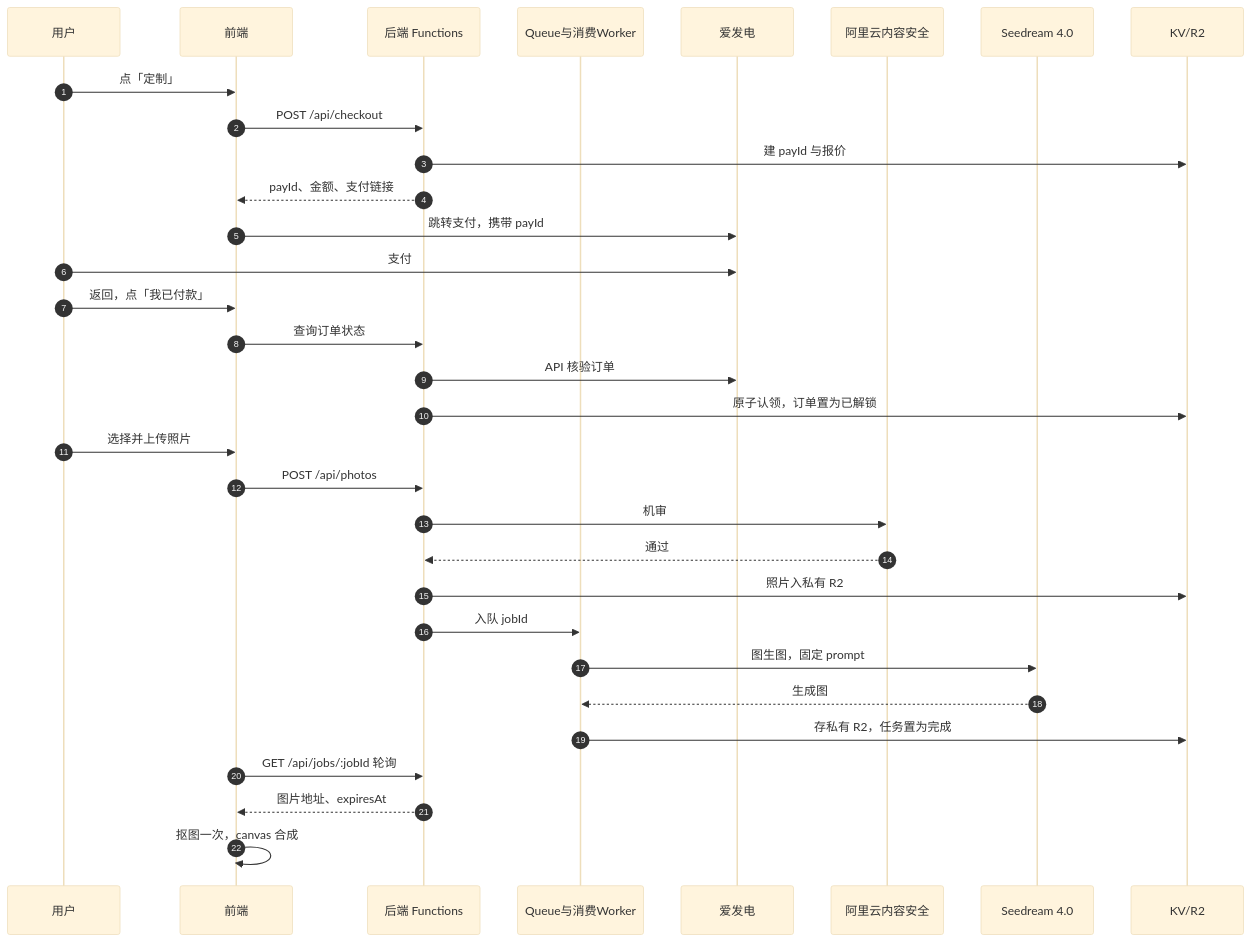
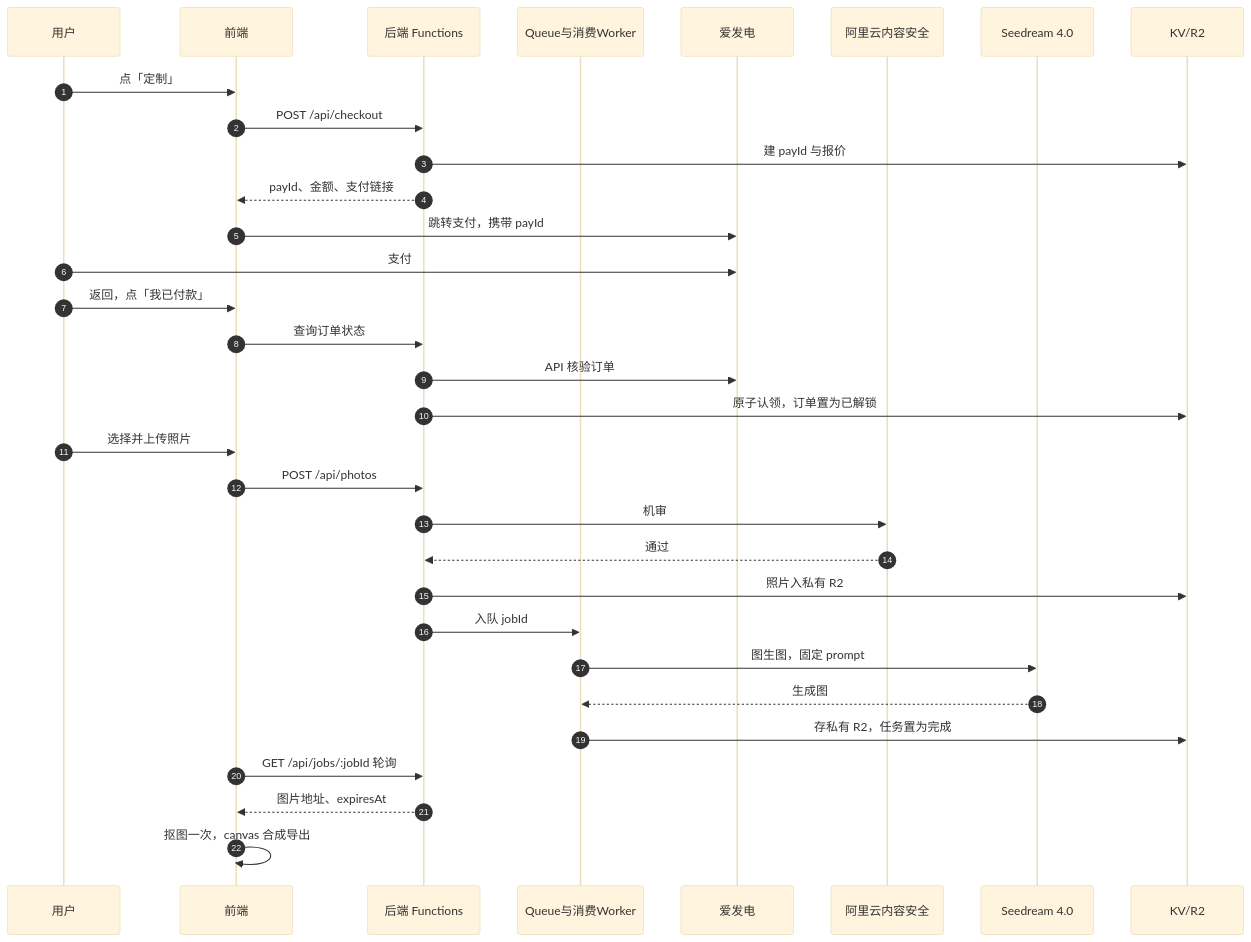
Before and after one commit to YileLiu-junior/cati-Halloween: the second of 3 diagrams in doc/PRD-payment-generation.md, drawn with Mermaid (base theme). The commit also changed other lines of this file and 30 other files, not shown here.

````diff
--- a/doc/PRD-payment-generation.md
+++ b/doc/PRD-payment-generation.md
@@ -123,35 +141,35 @@
 ```mermaid
 sequenceDiagram
     autonumber
     participant U as 用户
     participant W as 前端
     participant B as 后端 Functions
     participant Q as Queue与消费Worker
     participant P as 爱发电
     participant V as 阿里云内容安全
     participant G as Seedream 4.0
     participant S as KV/R2
 
     U->>W: 点「定制」
     W->>B: POST /api/checkout
     B->>S: 建 payId 与报价
     B-->>W: payId、金额、支付链接
     W->>P: 跳转支付，携带 payId
     U->>P: 支付
     U->>W: 返回，点「我已付款」
     W->>B: 查询订单状态
     B->>P: API 核验订单
     B->>S: 原子认领，订单置为已解锁
     U->>W: 选择并上传照片
     W->>B: POST /api/photos
     B->>V: 机审
     V-->>B: 通过
     B->>S: 照片入私有 R2
     B->>Q: 入队 jobId
     Q->>G: 图生图，固定 prompt
     G-->>Q: 生成图
     Q->>S: 存私有 R2，任务置为完成
     W->>B: GET /api/jobs/:jobId 轮询
     B-->>W: 图片地址、expiresAt
-    W->>W: 抠图一次，canvas 合成
+    W->>W: 抠图一次，canvas 合成导出
 ```
````
